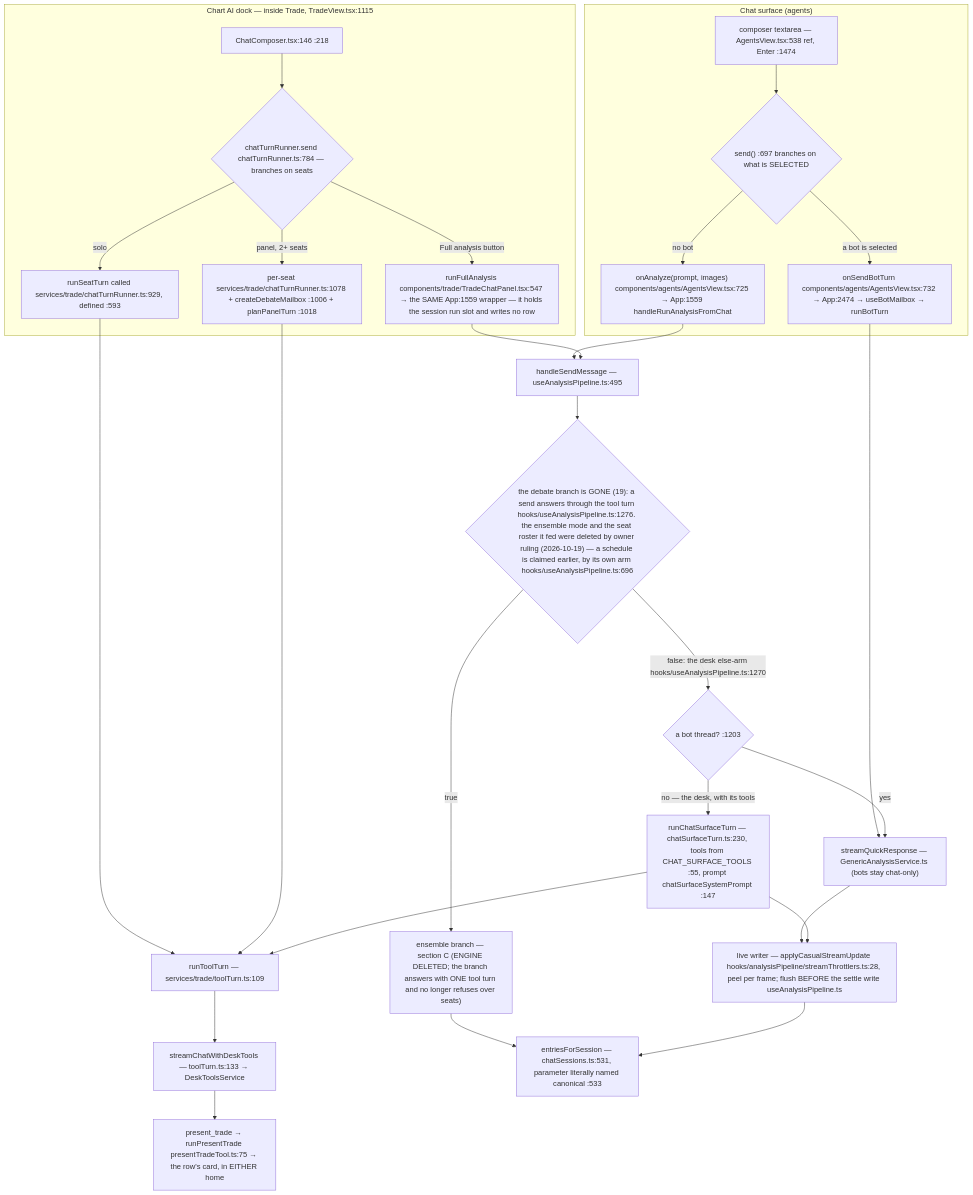
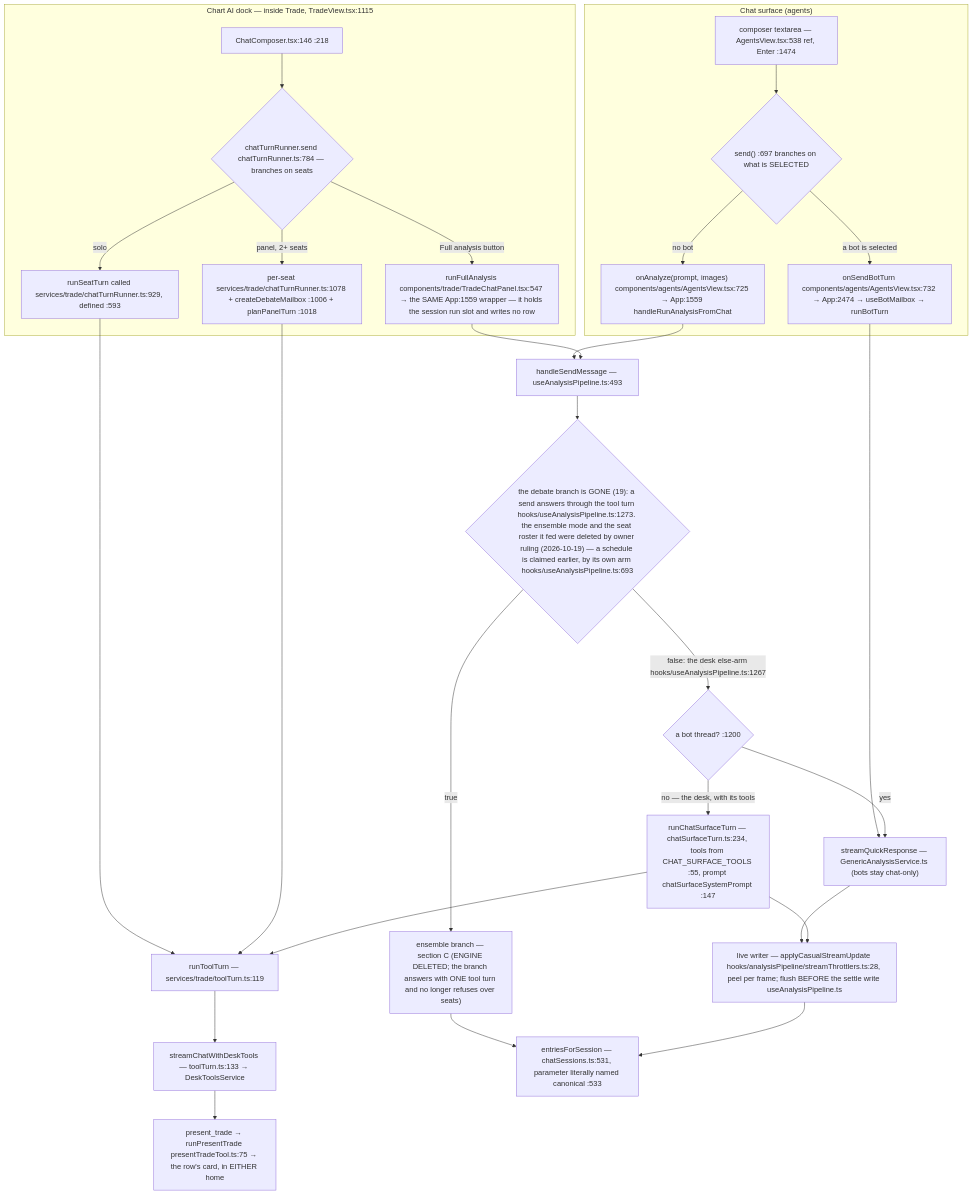
One commit to Acepay25/august-3.5 changed the second of 7 diagrams in docs/app-flow.md. Above: the diagram before and after it, drawn with Mermaid. The commit also changed other lines of this file and 39 other files, not shown here.

Commit message:
fix(trader): the screenshot, the chart overlay and the warnings tell the truth

````diff
--- a/docs/app-flow.md
+++ b/docs/app-flow.md
@@ -61,31 +61,31 @@
 ```mermaid
 flowchart TD
     subgraph CHAT["Chat surface (agents)"]
         CB["composer textarea — AgentsView.tsx:538 ref, Enter :1474"] --> D1{"send() :697 branches on what is SELECTED"}
         D1 -->|a bot is selected| BOT["onSendBotTurn components/agents/AgentsView.tsx:732 → App:2474 → useBotMailbox → runBotTurn"]
         D1 -->|no bot| AN["onAnalyze(prompt, images) components/agents/AgentsView.tsx:725 → App:1559 handleRunAnalysisFromChat"]
     end
     subgraph DOCK["Chart AI dock — inside Trade, TradeView.tsx:1115"]
         DC["ChatComposer.tsx:146 :218"] --> D2{"chatTurnRunner.send chatTurnRunner.ts:784 — branches on seats"}
         D2 -->|solo| SO["runSeatTurn called services/trade/chatTurnRunner.ts:929, defined :593"]
         D2 -->|panel, 2+ seats| PN["per-seat services/trade/chatTurnRunner.ts:1078 + createDebateMailbox :1006 + planPanelTurn :1018"]
         D2 -->|Full analysis button| FA["runFullAnalysis components/trade/TradeChatPanel.tsx:547 → the SAME App:1559 wrapper — it holds the session run slot and writes no row"]
     end
-    SO --> TT["runToolTurn — services/trade/toolTurn.ts:109"]
+    SO --> TT["runToolTurn — services/trade/toolTurn.ts:119"]
     PN --> TT
     TT --> SCDT["streamChatWithDeskTools — toolTurn.ts:133 → DeskToolsService"]
     BOT --> TR["streamQuickResponse — GenericAnalysisService.ts (bots stay chat-only)"]
-    AN --> HSM["handleSendMessage — useAnalysisPipeline.ts:495"]
+    AN --> HSM["handleSendMessage — useAnalysisPipeline.ts:493"]
     FA --> HSM
-    HSM --> D3{"the debate branch is GONE (19): a send answers through the tool turn hooks/useAnalysisPipeline.ts:1276. the ensemble mode and the seat roster it fed were deleted by owner ruling (2026-10-19) — a schedule is claimed earlier, by its own arm hooks/useAnalysisPipeline.ts:696"}
+    HSM --> D3{"the debate branch is GONE (19): a send answers through the tool turn hooks/useAnalysisPipeline.ts:1273. the ensemble mode and the seat roster it fed were deleted by owner ruling (2026-10-19) — a schedule is claimed earlier, by its own arm hooks/useAnalysisPipeline.ts:693"}
     D3 -->|true| ENS["ensemble branch — section C (ENGINE DELETED; the branch answers with ONE tool turn and no longer refuses over seats)"]
-    D3 -->|false: the desk else-arm hooks/useAnalysisPipeline.ts:1270| SPLIT{"a bot thread? :1203"}
+    D3 -->|false: the desk else-arm hooks/useAnalysisPipeline.ts:1267| SPLIT{"a bot thread? :1200"}
     SPLIT -->|yes| TR
-    SPLIT -->|no — the desk, with its tools| CST["runChatSurfaceTurn — chatSurfaceTurn.ts:230, tools from CHAT_SURFACE_TOOLS :55, prompt chatSurfaceSystemPrompt :147"]
+    SPLIT -->|no — the desk, with its tools| CST["runChatSurfaceTurn — chatSurfaceTurn.ts:234, tools from CHAT_SURFACE_TOOLS :55, prompt chatSurfaceSystemPrompt :147"]
     CST --> TT
     TR --> LW["live writer — applyCasualStreamUpdate hooks/analysisPipeline/streamThrottlers.ts:28, peel per frame; flush BEFORE the settle write useAnalysisPipeline.ts"]
     CST --> LW
     ENS --> MERGE
     LW --> MERGE["entriesForSession — chatSessions.ts:531, parameter literally named canonical :533"]
     SCDT --> PT["present_trade → runPresentTrade presentTradeTool.ts:75 → the row's card, in EITHER home"]
 ```
````
